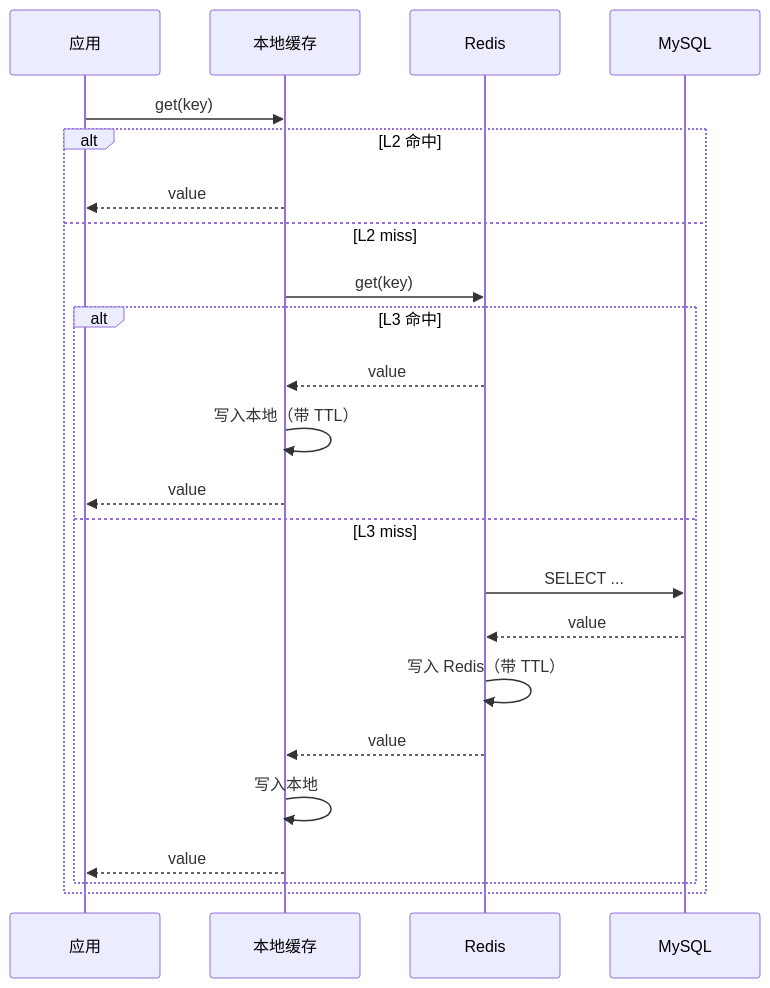
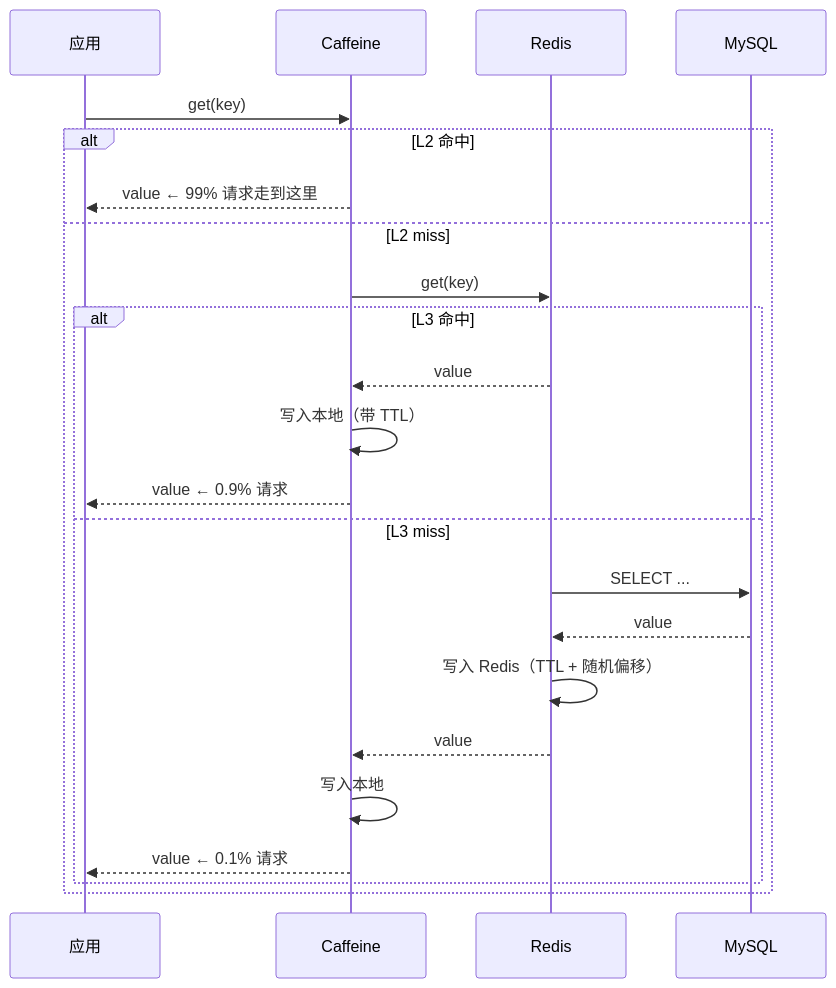
Before and after one commit to chongyang211/YCBookBlog: the fifth of 18 diagrams in docs/10.真经/05.方案设计思想/04.缓存架构设计思想.md, drawn with Mermaid. The commit also changed other lines of this file and 36 other files, not shown here.

````diff
--- a/docs/10.真经/05.方案设计思想/04.缓存架构设计思想.md
+++ b/docs/10.真经/05.方案设计思想/04.缓存架构设计思想.md
@@ -326,26 +523,26 @@
 ```mermaid
 sequenceDiagram
     participant App as 应用
-    participant L2 as 本地缓存
+    participant L2 as Caffeine
     participant L3 as Redis
     participant DB as MySQL
     
     App->>L2: get(key)
     alt L2 命中
-        L2-->>App: value
+        L2-->>App: value ← 99% 请求走到这里
     else L2 miss
         L2->>L3: get(key)
         alt L3 命中
             L3-->>L2: value
             L2->>L2: 写入本地（带 TTL）
-            L2-->>App: value
+            L2-->>App: value ← 0.9% 请求
         else L3 miss
             L3->>DB: SELECT ...
             DB-->>L3: value
-            L3->>L3: 写入 Redis（带 TTL）
+            L3->>L3: 写入 Redis（TTL + 随机偏移）
             L3-->>L2: value
             L2->>L2: 写入本地
-            L2-->>App: value
+            L2-->>App: value ← 0.1% 请求
         end
     end
 ```
````
